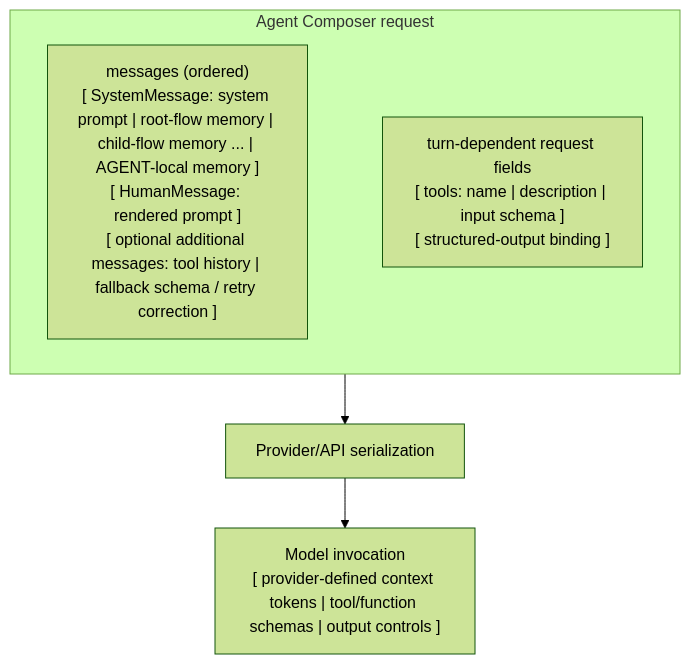
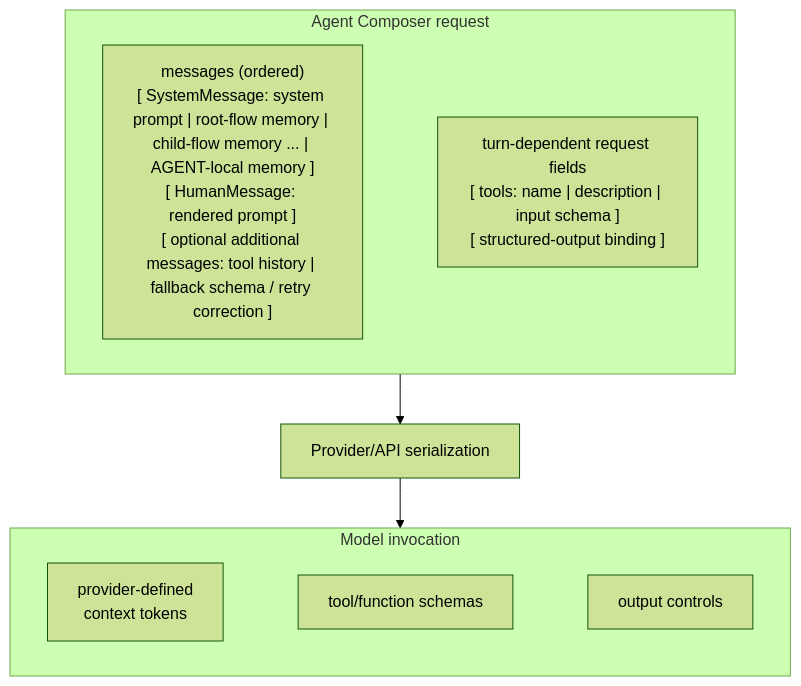
Before and after one commit to ngocbh/yian: the diagram in docs/agent.md, drawn with Mermaid (forest theme).

Commit message:
docs: draw model invocation components

````diff
--- a/docs/agent.md
+++ b/docs/agent.md
@@ -62,12 +62,20 @@
 ```mermaid
 flowchart TB
     subgraph request["Agent Composer request"]
         direction LR
         messages["messages (ordered)<br/>[ SystemMessage: system prompt | root-flow memory | child-flow memory ... | AGENT-local memory ]<br/>[ HumanMessage: rendered prompt ]<br/>[ optional additional messages: tool history | fallback schema / retry correction ]"]
         fields["turn-dependent request fields<br/>[ tools: name | description | input schema ]<br/>[ structured-output binding ]"]
         messages ~~~ fields
     end
 
     request --> serializer["Provider/API serialization"]
-    serializer --> invocation["Model invocation<br/>[ provider-defined context tokens | tool/function schemas | output controls ]"]
+    subgraph invocation["Model invocation"]
+        direction LR
+        context_tokens["provider-defined<br/>context tokens"]
+        tool_schemas["tool/function schemas"]
+        output_controls["output controls"]
+        context_tokens ~~~ tool_schemas
+        tool_schemas ~~~ output_controls
+    end
+    serializer --> invocation
 ```
````
